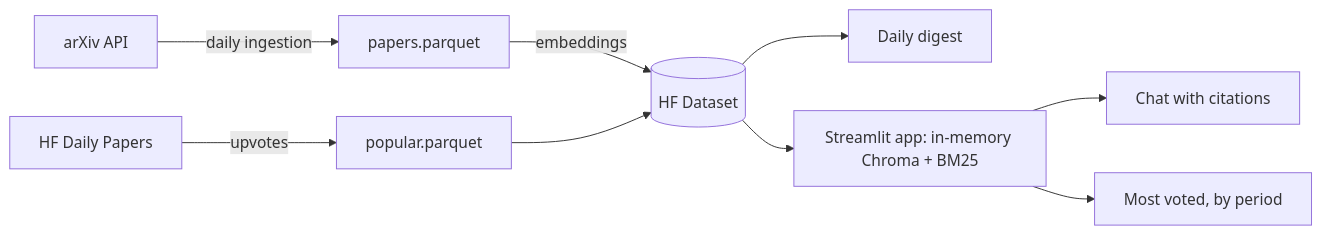
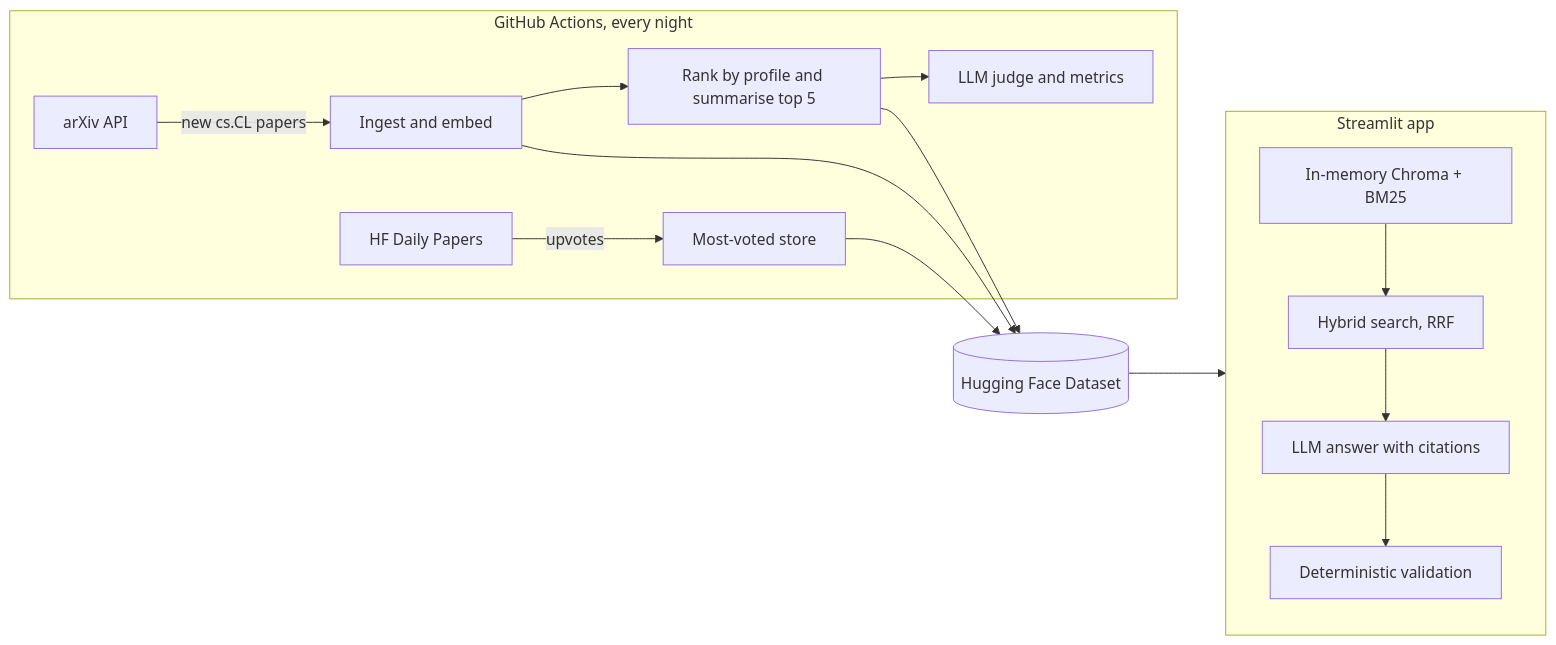
Before and after one commit to guipeliceri/RAG-assistant-for-AI-research-papers: the diagram in README.md, drawn with Mermaid. The commit also changed other lines of this file, not shown here.

````diff
--- a/README.md
+++ b/README.md
@@ -20,10 +35,18 @@
 ```mermaid
 flowchart LR
-    A[arXiv API] -->|daily ingestion| B[papers.parquet]
-    B -->|embeddings| C[(HF Dataset)]
-    H[HF Daily Papers] -->|upvotes| G[popular.parquet] --> C
-    C --> D[Daily digest]
-    C --> E[Streamlit app: in-memory Chroma + BM25]
-    E --> F[Chat with citations]
-    E --> I[Most voted, by period]
+    subgraph Nightly["GitHub Actions, every night"]
+        A[arXiv API] -->|new cs.CL papers| B[Ingest and embed]
+        H[HF Daily Papers] -->|upvotes| P[Most-voted store]
+        B --> D[Rank by profile and summarise top 5]
+        D --> J[LLM judge and metrics]
+    end
+    B --> S[(Hugging Face Dataset)]
+    P --> S
+    D --> S
+    S --> APP
+    subgraph APP["Streamlit app"]
+        I[In-memory Chroma + BM25] --> Q[Hybrid search, RRF]
+        Q --> L[LLM answer with citations]
+        L --> V[Deterministic validation]
+    end
 ```
````
